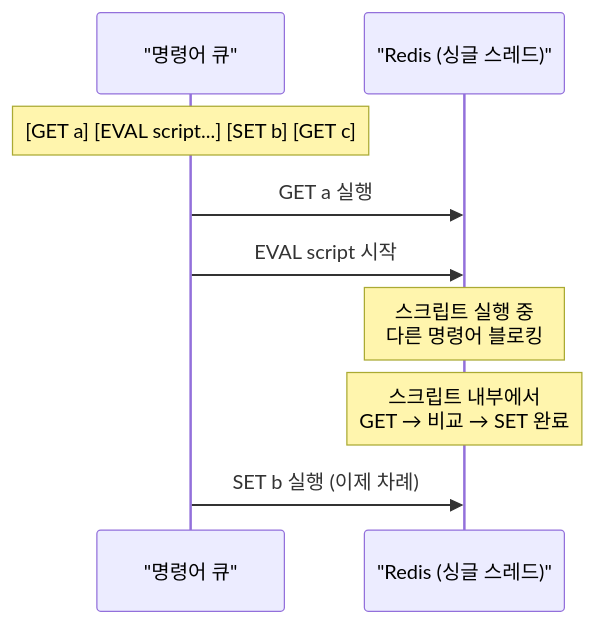
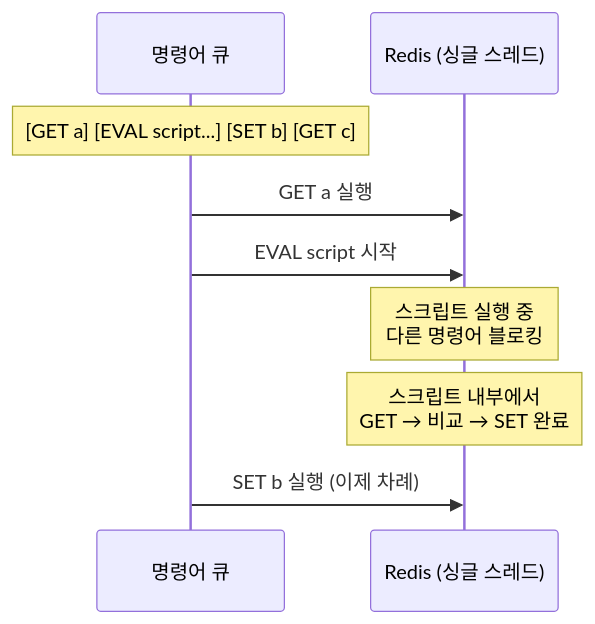
One commit to yjkim2015/yjkim2015.github.io changed the first of 2 diagrams in _posts/redis/2026-05-01-redis-lua-script.md. Above: the diagram before and after it, drawn with Mermaid. The commit also changed other lines of this file and 60 other files, not shown here.

First line of the commit message:
sequenceDiagram 문법 에러 수정 92개

````diff
--- a/_posts/redis/2026-05-01-redis-lua-script.md
+++ b/_posts/redis/2026-05-01-redis-lua-script.md
@@ -31,11 +31,11 @@
 ```mermaid
 sequenceDiagram
-    participant Q as "명령어 큐"
-    participant R as "Redis (싱글 스레드)"
+    participant Q as 명령어 큐
+    participant R as Redis (싱글 스레드)
     Note over Q: [GET a] [EVAL script...] [SET b] [GET c]
     Q->>R: GET a 실행
     Q->>R: EVAL script 시작
     Note over R: 스크립트 실행 중<br>다른 명령어 블로킹
     Note over R: 스크립트 내부에서<br>GET → 비교 → SET 완료
     Q->>R: SET b 실행 (이제 차례)
 ```
````
